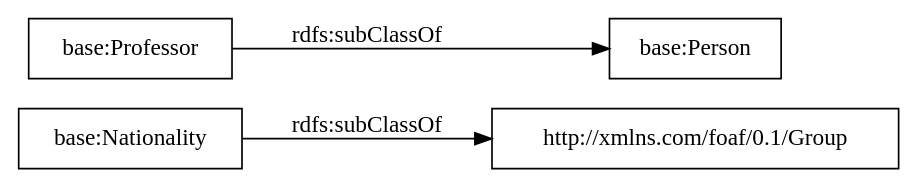
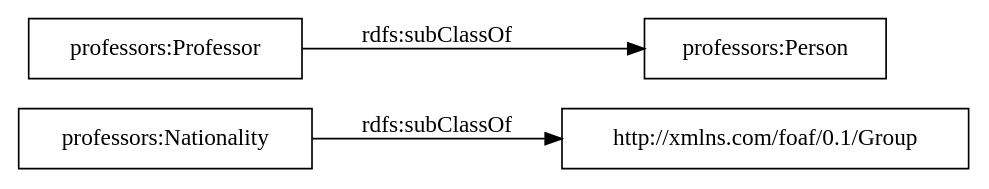
The diagram in OnToology/professors.owl/diagrams/ar2dtool-taxonomy/professors.owl.png.dot (lsarni/OntoCIS), drawn with Graphviz before and after one commit. The commit also changed 32 other files, not shown here.

```diff
--- a/OnToology/professors.owl/diagrams/ar2dtool-taxonomy/professors.owl.png.dot
+++ b/OnToology/professors.owl/diagrams/ar2dtool-taxonomy/professors.owl.png.dot
@@ -1,8 +1,8 @@
 digraph ar2dtool_diagram { 
 rankdir=LR;
 size="1000"
-node [shape = rectangle, color="black"]; "http://xmlns.com/foaf/0.1/Group" "base:Professor" "base:Person" "base:Nationality" ; /*classes style*/
-	"base:Professor" -> "base:Person" [ label = "rdfs:subClassOf" ];
-	"base:Nationality" -> "http://xmlns.com/foaf/0.1/Group" [ label = "rdfs:subClassOf" ];
+node [shape = rectangle, color="black"]; "http://xmlns.com/foaf/0.1/Group" "professors:Professor" "professors:Person" "professors:Nationality" ; /*classes style*/
+	"professors:Professor" -> "professors:Person" [ label = "rdfs:subClassOf" ];
+	"professors:Nationality" -> "http://xmlns.com/foaf/0.1/Group" [ label = "rdfs:subClassOf" ];
 
 }
```
